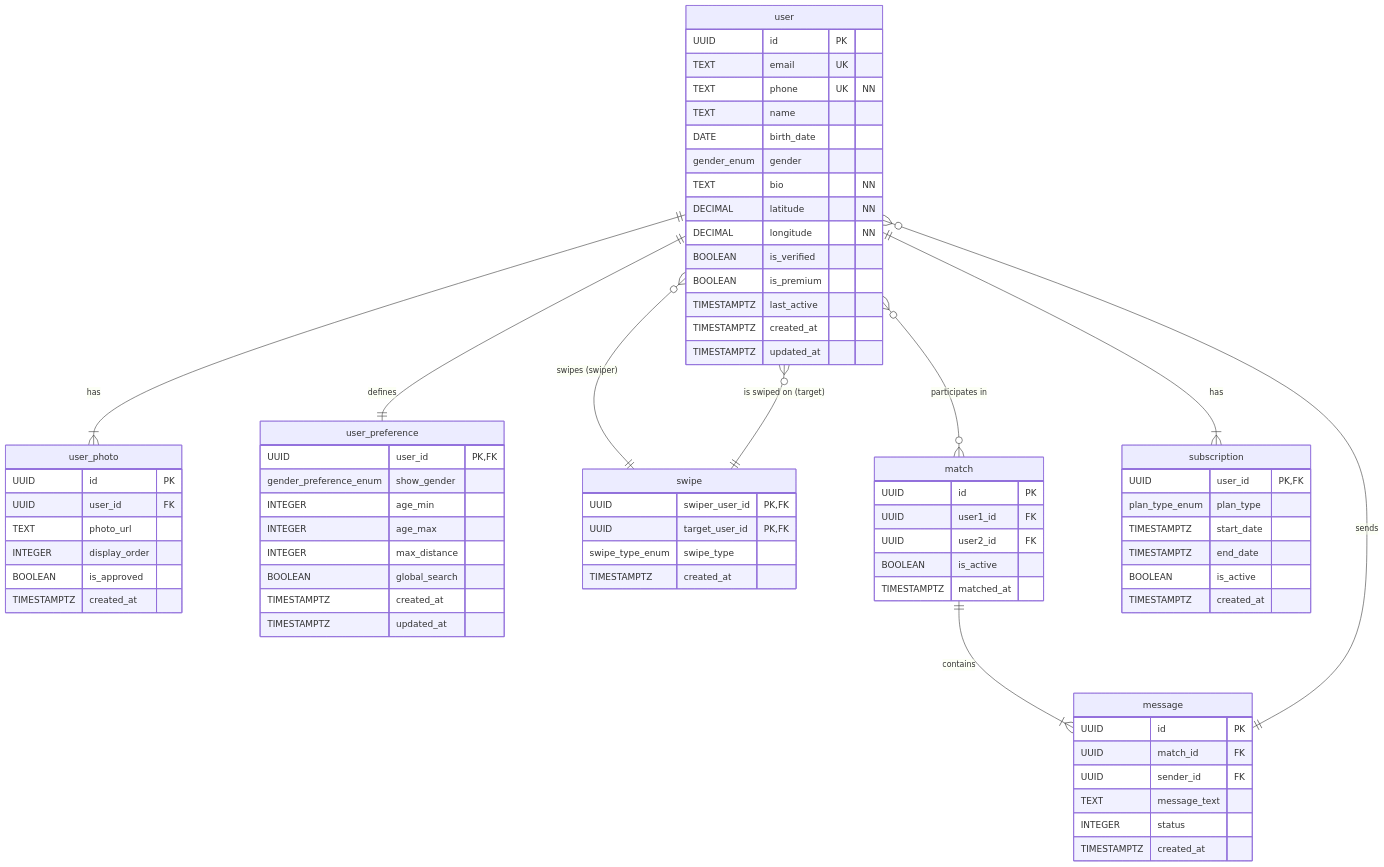
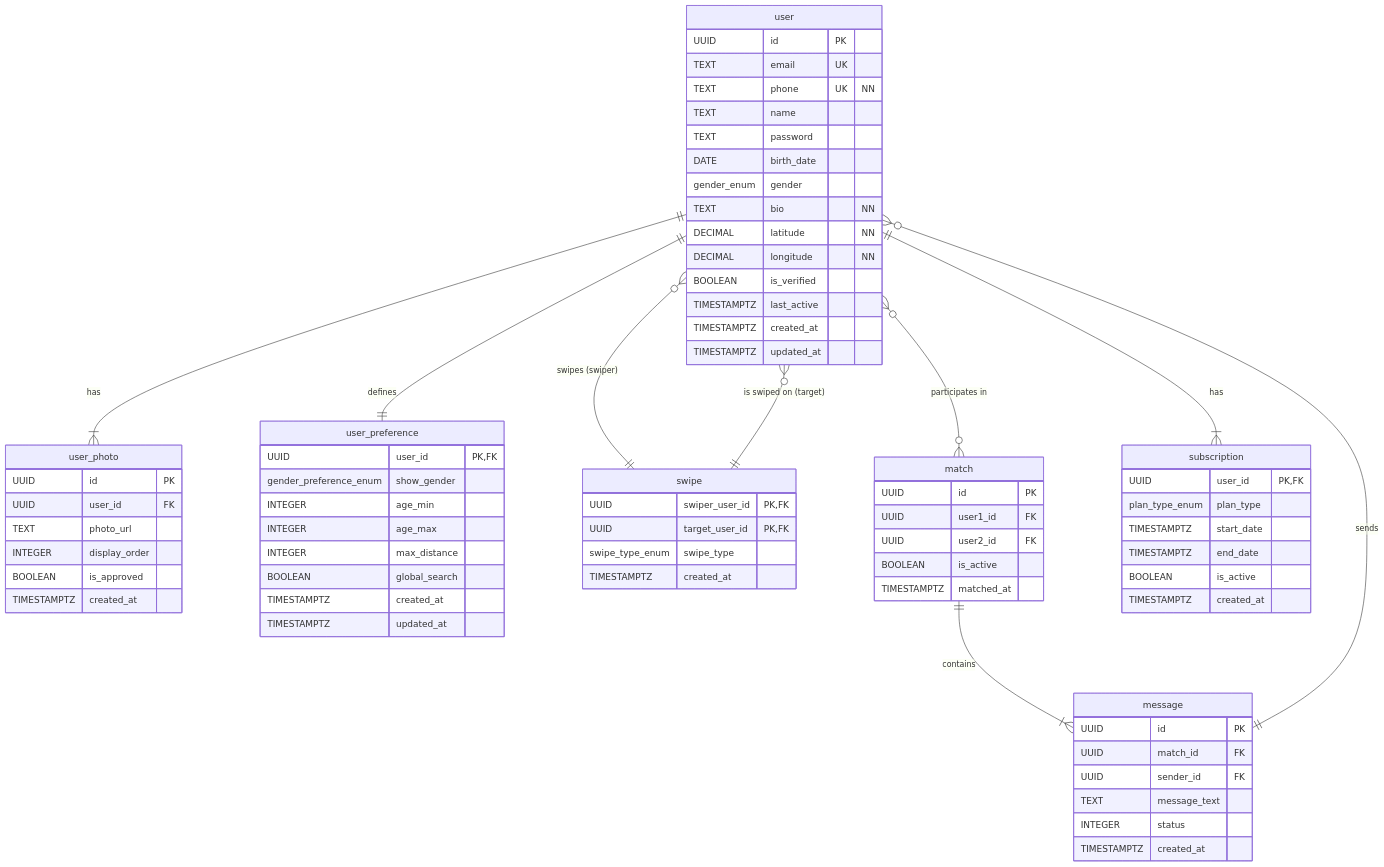
Before and after one commit to go-park-mail-ru/2025_2_RoadTo200: the diagram in bd/normalized/er_diagrams.md, drawn with Mermaid. The commit also changed 2 other files, not shown here.

Commit message:
Исправления ДЗ1 №3

````diff
--- a/bd/normalized/er_diagrams.md
+++ b/bd/normalized/er_diagrams.md
@@ -7,81 +7,81 @@
 ```mermaid
 erDiagram
     user {
         UUID id PK
         TEXT email UK
         TEXT phone UK "NN"
         TEXT name
+        TEXT password
         DATE birth_date
         gender_enum gender
         TEXT bio "NN"
         DECIMAL latitude "NN"
         DECIMAL longitude "NN"
         BOOLEAN is_verified
-        BOOLEAN is_premium
         TIMESTAMPTZ last_active
         TIMESTAMPTZ created_at
         TIMESTAMPTZ updated_at
     }
 
     user_photo {
         UUID id PK
         UUID user_id FK
         TEXT photo_url
         INTEGER display_order
         BOOLEAN is_approved
         TIMESTAMPTZ created_at
     }
 
     user_preference {
         UUID user_id PK, FK
         gender_preference_enum show_gender
         INTEGER age_min
         INTEGER age_max
         INTEGER max_distance
         BOOLEAN global_search
         TIMESTAMPTZ created_at
         TIMESTAMPTZ updated_at
     }
 
     swipe {
         UUID swiper_user_id PK, FK
         UUID target_user_id PK, FK
         swipe_type_enum swipe_type
         TIMESTAMPTZ created_at
     }
 
     match {
         UUID id PK
         UUID user1_id FK
         UUID user2_id FK
         BOOLEAN is_active
         TIMESTAMPTZ matched_at
     }
 
     message {
         UUID id PK
         UUID match_id FK
         UUID sender_id FK
         TEXT message_text
         INTEGER status
         TIMESTAMPTZ created_at
     }
 
     subscription {
         UUID user_id PK,FK
         plan_type_enum plan_type
         TIMESTAMPTZ start_date
         TIMESTAMPTZ end_date
         BOOLEAN is_active
         TIMESTAMPTZ created_at
     }
 
     user ||--|{ user_photo : "has"
     user ||--|| user_preference : "defines"
     user }o--|| swipe : "swipes (swiper)"
     user }o--|| swipe : "is swiped on (target)"
     user }o--o{ match : "participates in"
     user ||--|{ subscription : "has"
     match ||--|{ message : "contains"
     user }o--|| message : "sends"
 ```
````
